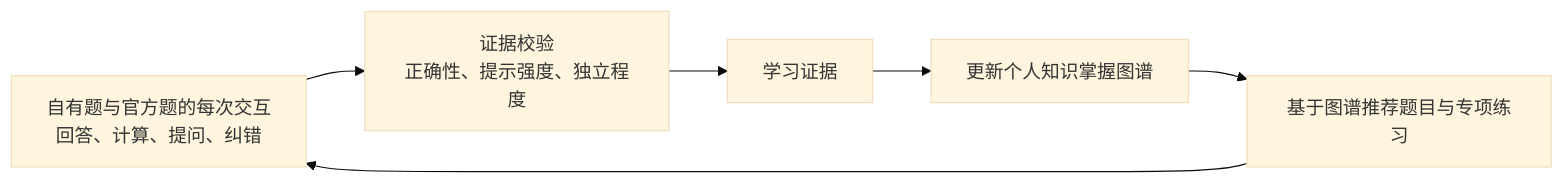
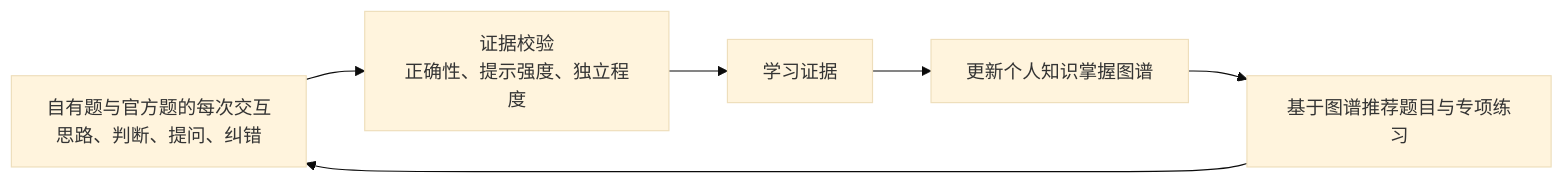
One commit to rongchenxu100/shuxueshuo changed the third of 3 diagrams in docs/student-tutor-chat-system-design.md. Above: the diagram before and after it, drawn with Mermaid (base theme). The commit also changed other lines of this file and 131 other files, not shown here.

````diff
--- a/docs/student-tutor-chat-system-design.md
+++ b/docs/student-tutor-chat-system-design.md
@@ -281,11 +420,11 @@
 ```mermaid
 flowchart LR
-    A["自有题与官方题的每次交互<br/>回答、计算、提问、纠错"]
+    A["自有题与官方题的每次交互<br/>思路、判断、提问、纠错"]
     V["证据校验<br/>正确性、提示强度、独立程度"]
     E["学习证据"]
     K["更新个人知识掌握图谱"]
     R["基于图谱推荐题目与专项练习"]
 
     A --> V --> E --> K
     K --> R --> A
 ```
````
